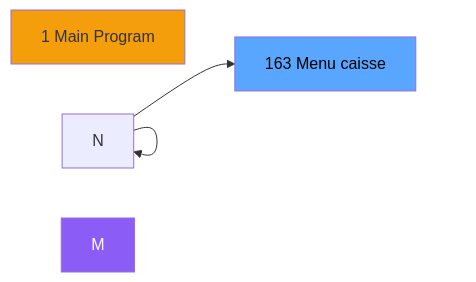
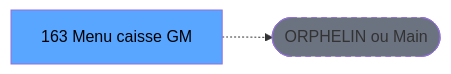
Before and after one commit to thonyAGP/lecteur-magic: the second of 3 diagrams in .openspec/specs/ADH-IDE-163.md, drawn with Mermaid. The commit also changed other lines of this file and 701 other files, not shown here.

````diff
--- a/.openspec/specs/ADH-IDE-163.md
+++ b/.openspec/specs/ADH-IDE-163.md
@@ -175,11 +157,8 @@
 ```mermaid
 graph LR
-    N1[1 Main Program]
-    T[163 Menu caisse ]
-    N --> N
-    N --> N
-    N --> T
-    style M fill:#8b5cf6,color:#fff
-    style N1 fill:#f59e0b
+    T[163 Menu caisse GM ]
+    ORPHAN([ORPHELIN ou Main])
+    T -.-> ORPHAN
     style T fill:#58a6ff,color:#000
+    style ORPHAN fill:#6b7280,stroke-dasharray: 5 5
 ```
````
